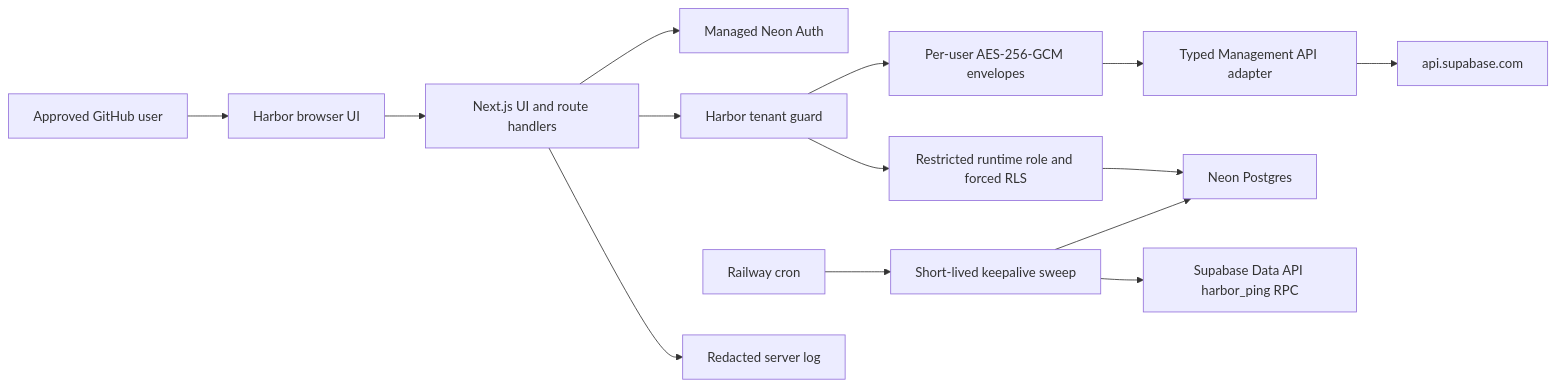
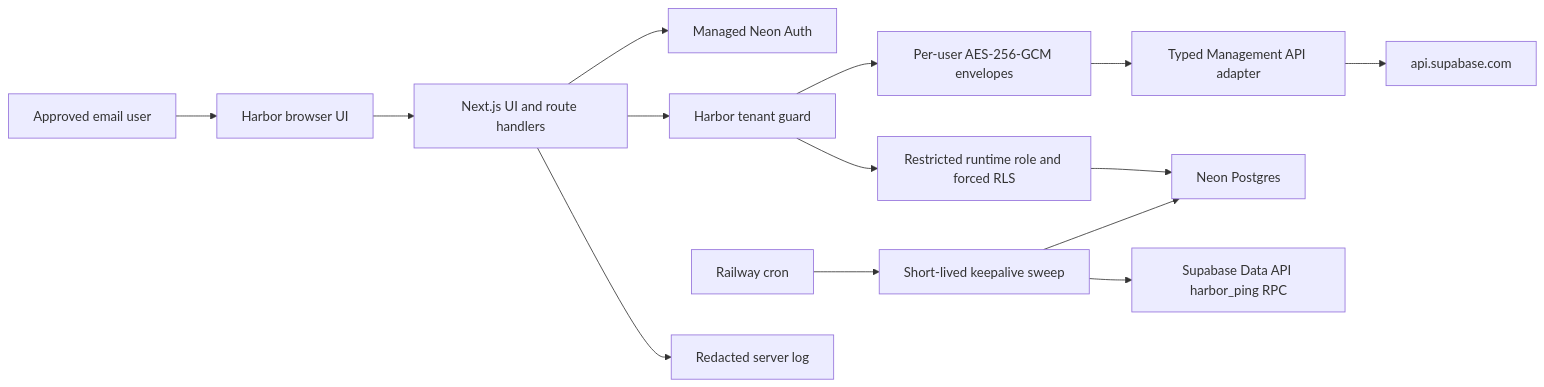
Before and after one commit to krishna0605/supabase-harbor: the diagram in docs/architecture.md, drawn with Mermaid. The commit also changed other lines of this file and 19 other files, not shown here.

````diff
--- a/docs/architecture.md
+++ b/docs/architecture.md
@@ -3,16 +3,16 @@
 ```mermaid
 flowchart LR
-  U["Approved GitHub user"] --> B["Harbor browser UI"]
+  U["Approved email user"] --> B["Harbor browser UI"]
   B --> N["Next.js UI and route handlers"]
   N --> A["Managed Neon Auth"]
   N --> G["Harbor tenant guard"]
   G --> C["Per-user AES-256-GCM envelopes"]
   G --> R["Restricted runtime role and forced RLS"]
   R --> D["Neon Postgres"]
   C --> M["Typed Management API adapter"]
   M --> SB["api.supabase.com"]
   RC["Railway cron"] --> W["Short-lived keepalive sweep"]
   W --> D
   W --> DA["Supabase Data API harbor_ping RPC"]
   N --> L["Redacted server log"]
 ```
````
